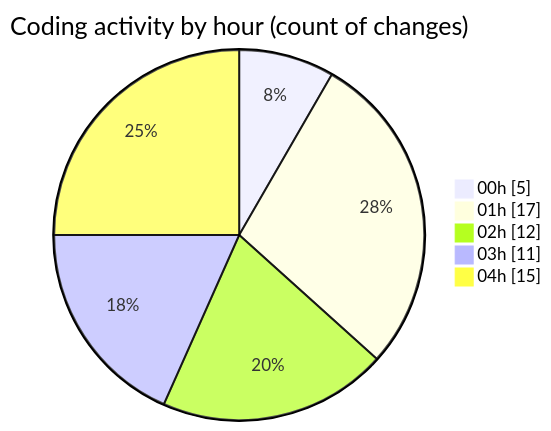
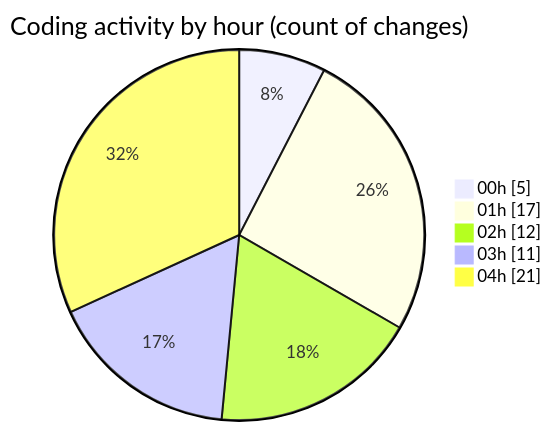
Before and after one commit to EIIisD/code-tracking: the second of 2 diagrams in 2025-08-04/tw-server/README.md, drawn with Mermaid. The commit also changed other lines of this file and 1 other file, not shown here.

````diff
--- a/2025-08-04/tw-server/README.md
+++ b/2025-08-04/tw-server/README.md
@@ -35,9 +35,9 @@
 ```mermaid
 pie showData
 title Coding activity by hour (count of changes)
 "00h" : 5
 "01h" : 17
 "02h" : 12
 "03h" : 11
-"04h" : 15
+"04h" : 21
 ```
````
